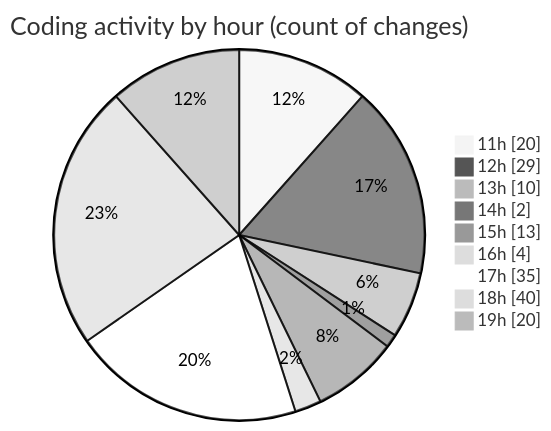
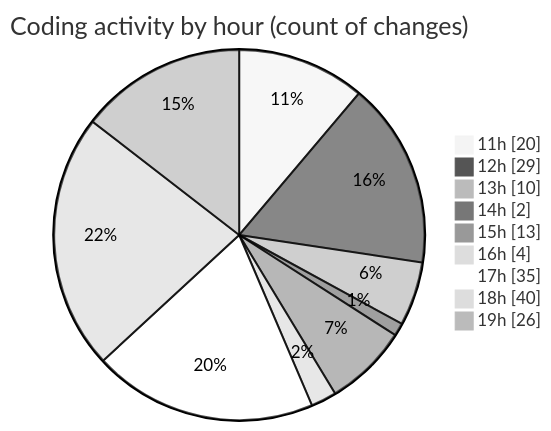
One commit to nxtqubesakshisongat/code-tracking changed the second of 2 diagrams in 2025-12-11/nxtqube_webapp/README.md. Above: the diagram before and after it, drawn with Mermaid (neutral theme). The commit also changed other lines of this file and 1 other file, not shown here.

````diff
--- a/2025-12-11/nxtqube_webapp/README.md
+++ b/2025-12-11/nxtqube_webapp/README.md
@@ -43,13 +43,13 @@
 ```mermaid
 pie showData
 title Coding activity by hour (count of changes)
 "11h" : 20
 "12h" : 29
 "13h" : 10
 "14h" : 2
 "15h" : 13
 "16h" : 4
 "17h" : 35
 "18h" : 40
-"19h" : 20
+"19h" : 26
 ```
````
